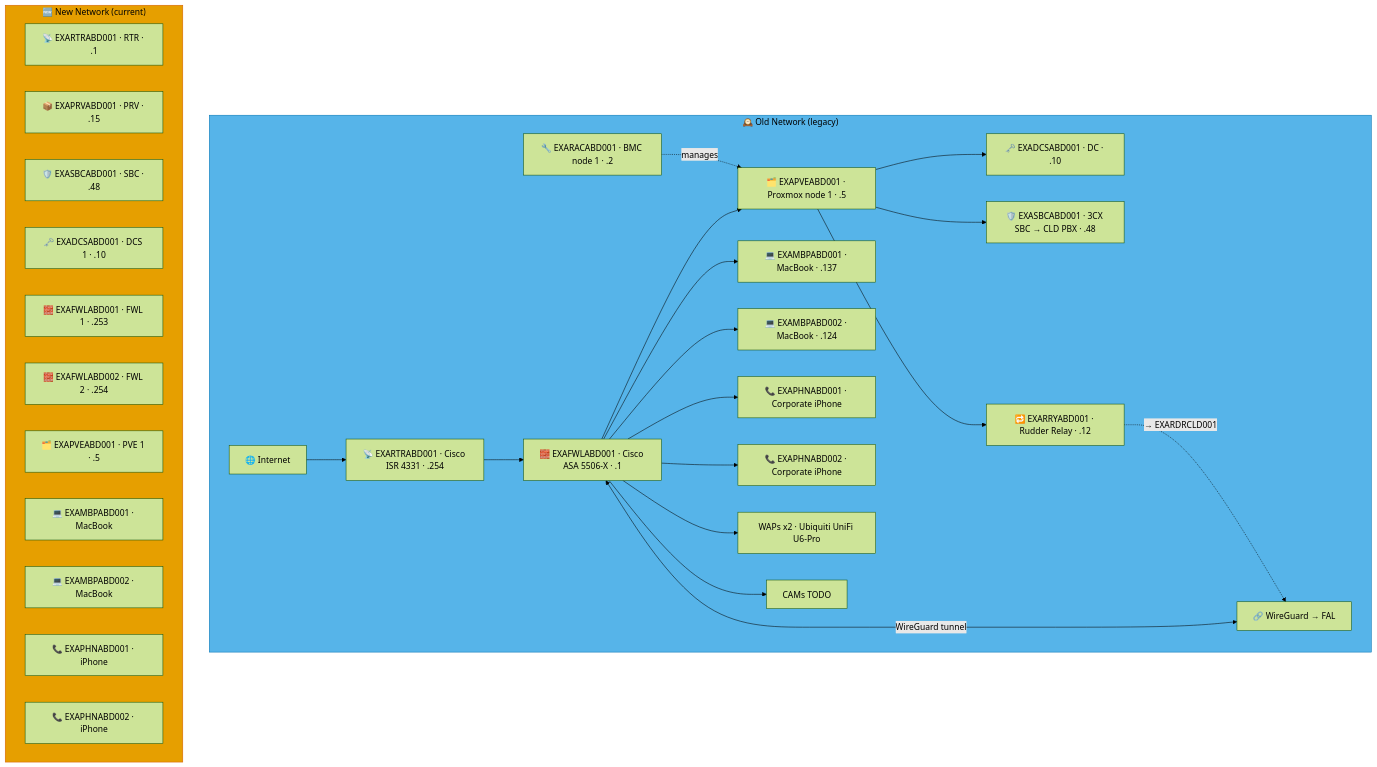
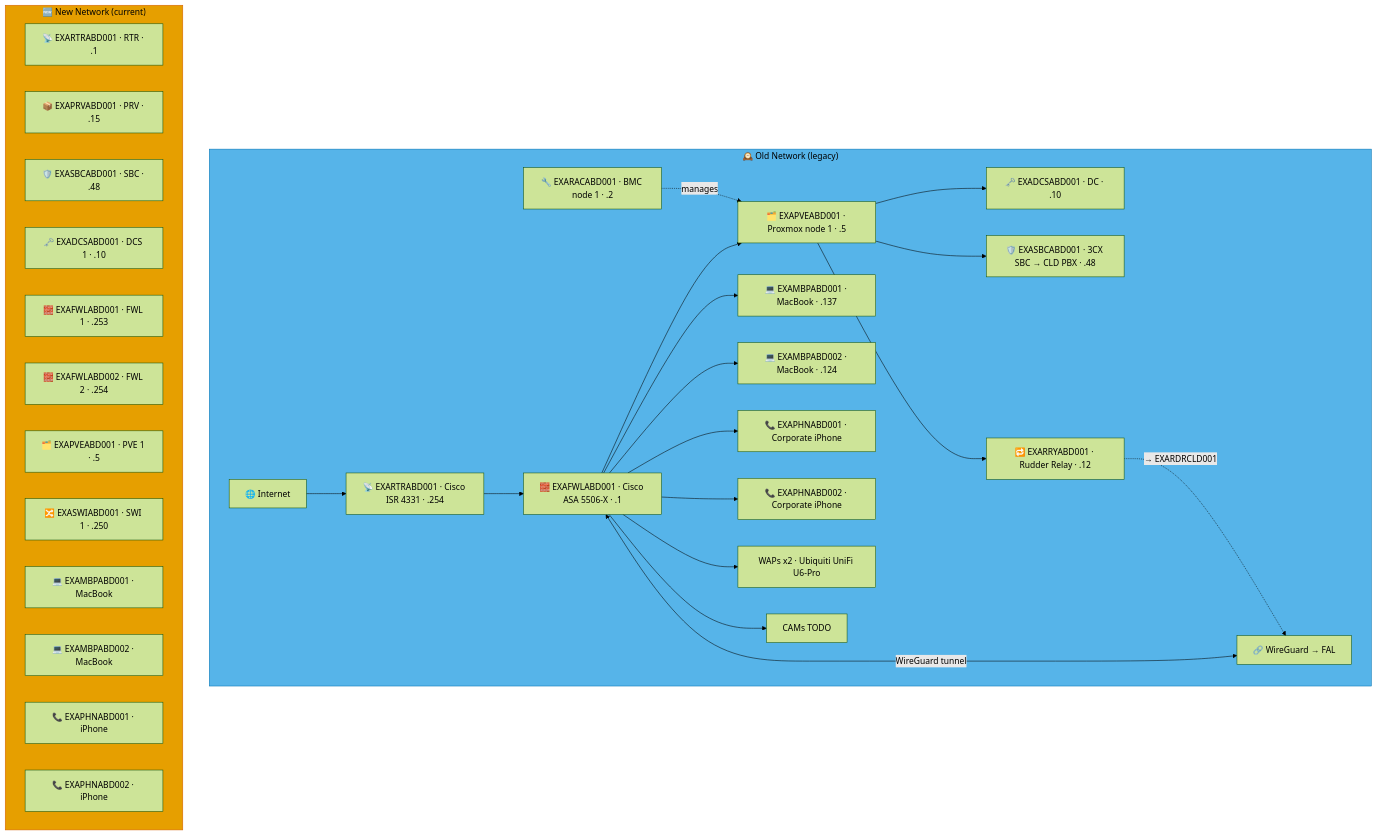
The seventh of 7 diagrams in docs/network-diagram/scotland.md (knightmare2600/example_music_infra), drawn with Mermaid (forest theme) before and after one commit. The commit also changed other lines of this file and 12 other files, not shown here.

````diff
--- a/docs/network-diagram/scotland.md
+++ b/docs/network-diagram/scotland.md
@@ -465,46 +468,47 @@
 ```mermaid
 graph TD
     subgraph OLD_ABD ["🕰️ Old Network (legacy)"]
       INET["🌐 Internet"]
       FWL["🧱 EXAFWLABD001 · Cisco ASA 5506-X · .1"]
       RTR["📡 EXARTRABD001 · Cisco ISR 4331 · .254"]
       RAC["🔧 EXARACABD001 · BMC node 1 · .2"]
       PVE["🗂️ EXAPVEABD001 · Proxmox node 1 · .5"]
       DC["🗝️ EXADCSABD001 · DC · .10"]
       SBC["🛡️ EXASBCABD001 · 3CX SBC → CLD PBX · .48"]
       RRY["🔁 EXARRYABD001 · Rudder Relay · .12"]
       MBP1["💻 EXAMBPABD001 · MacBook · .137"]
       MBP2["💻 EXAMBPABD002 · MacBook · .124"]
       PHN1["📞 EXAPHNABD001 · Corporate iPhone"]
       PHN2["📞 EXAPHNABD002 · Corporate iPhone"]
       WAP["WAPs x2 · Ubiquiti UniFi U6-Pro"]
       CAM["CAMs TODO"]
       VPN["🔗 WireGuard → FAL"]
 
       INET --> RTR --> FWL --> PVE
       PVE --> DC & SBC
       RAC -.->|"manages"| PVE
       FWL --> MBP1 & MBP2 & PHN1 & PHN2 & WAP & CAM
       FWL <-->|"WireGuard tunnel"| VPN
 
       PVE --> RRY
       RRY -. "→ EXARDRCLD001" .-> VPN
     end
     style OLD_ABD fill:#56B4E9,stroke:#0072B2,color:#000000
     %% GENERATED:NEW-NETWORK:ABD:START
     subgraph NEW_ABD ["🆕 New Network (current)"]
       N_RTR["📡 EXARTRABD001 · RTR · .1"]
       N_PRV["📦 EXAPRVABD001 · PRV · .15"]
       N_SBC["🛡️ EXASBCABD001 · SBC · .48"]
       N_DCS["🗝️ EXADCSABD001 · DCS 1 · .10"]
       N_FWL["🧱 EXAFWLABD001 · FWL 1 · .253"]
       N_FWL2["🧱 EXAFWLABD002 · FWL 2 · .254"]
       N_PVE["🗂️ EXAPVEABD001 · PVE 1 · .5"]
+      N_SWI["🔀 EXASWIABD001 · SWI 1 · .250"]
       N_MBP["💻 EXAMBPABD001 · MacBook"]
       N_MBP2["💻 EXAMBPABD002 · MacBook"]
       N_PHN["📞 EXAPHNABD001 · iPhone"]
       N_PHN2["📞 EXAPHNABD002 · iPhone"]
     end
     style NEW_ABD fill:#E69F00,stroke:#D55E00,color:#000000
     %% GENERATED:NEW-NETWORK:ABD:END
 ```
````
